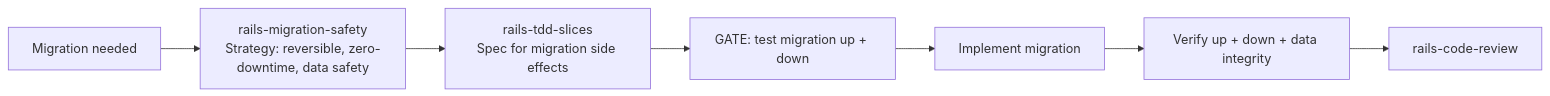
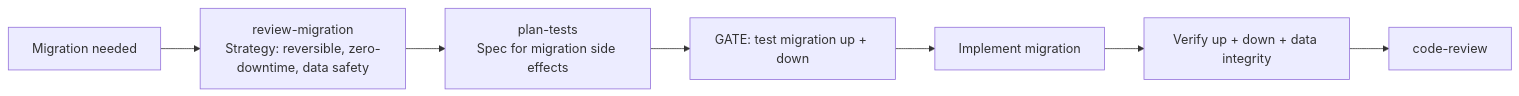
Before and after one commit to igmarin/my-RoR-personal-skills: diagram 11 of 17 in docs/workflow-guide.md, drawn with Mermaid. The commit also changed other lines of this file and 295 other files, not shown here.

First line of the commit message:
Refactor names flows (#57)

````diff
--- a/docs/workflow-guide.md
+++ b/docs/workflow-guide.md
@@ -515,9 +515,9 @@
 ```mermaid
 flowchart LR
-    A[Migration needed] --> B[rails-migration-safety\nStrategy: reversible, zero-downtime, data safety]
-    B --> C[rails-tdd-slices\nSpec for migration side effects]
+    A[Migration needed] --> B[review-migration\nStrategy: reversible, zero-downtime, data safety]
+    B --> C[plan-tests\nSpec for migration side effects]
     C --> D["GATE: test migration up + down"]
     D --> E[Implement migration]
     E --> F["Verify up + down + data integrity"]
-    F --> G[rails-code-review]
+    F --> G[code-review]
 ```
````
